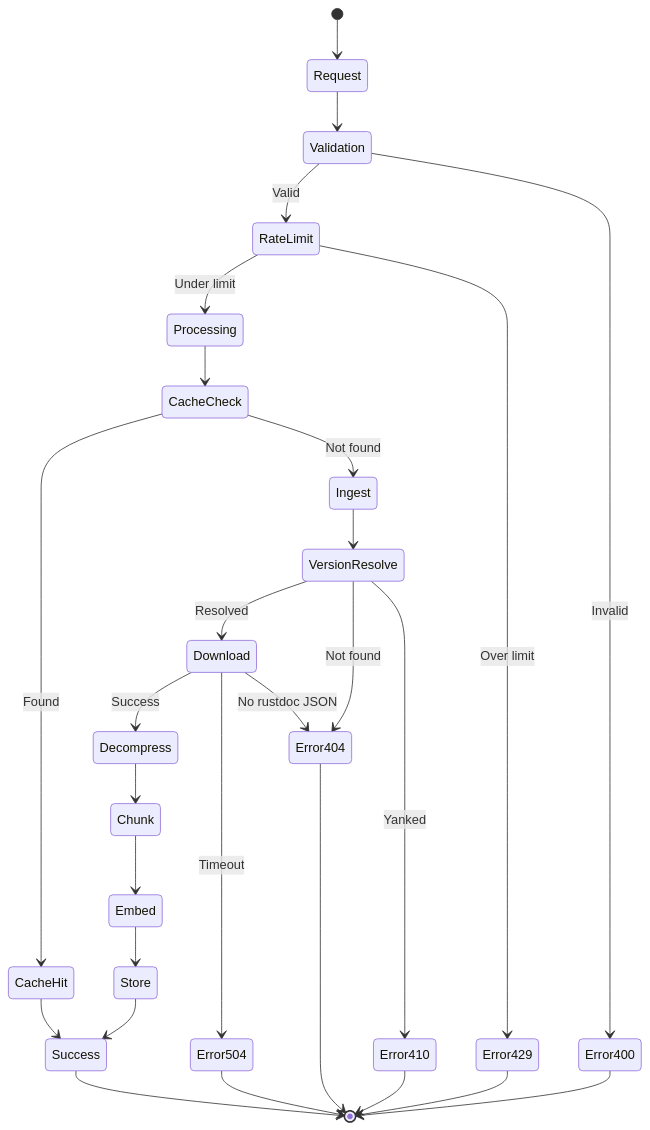
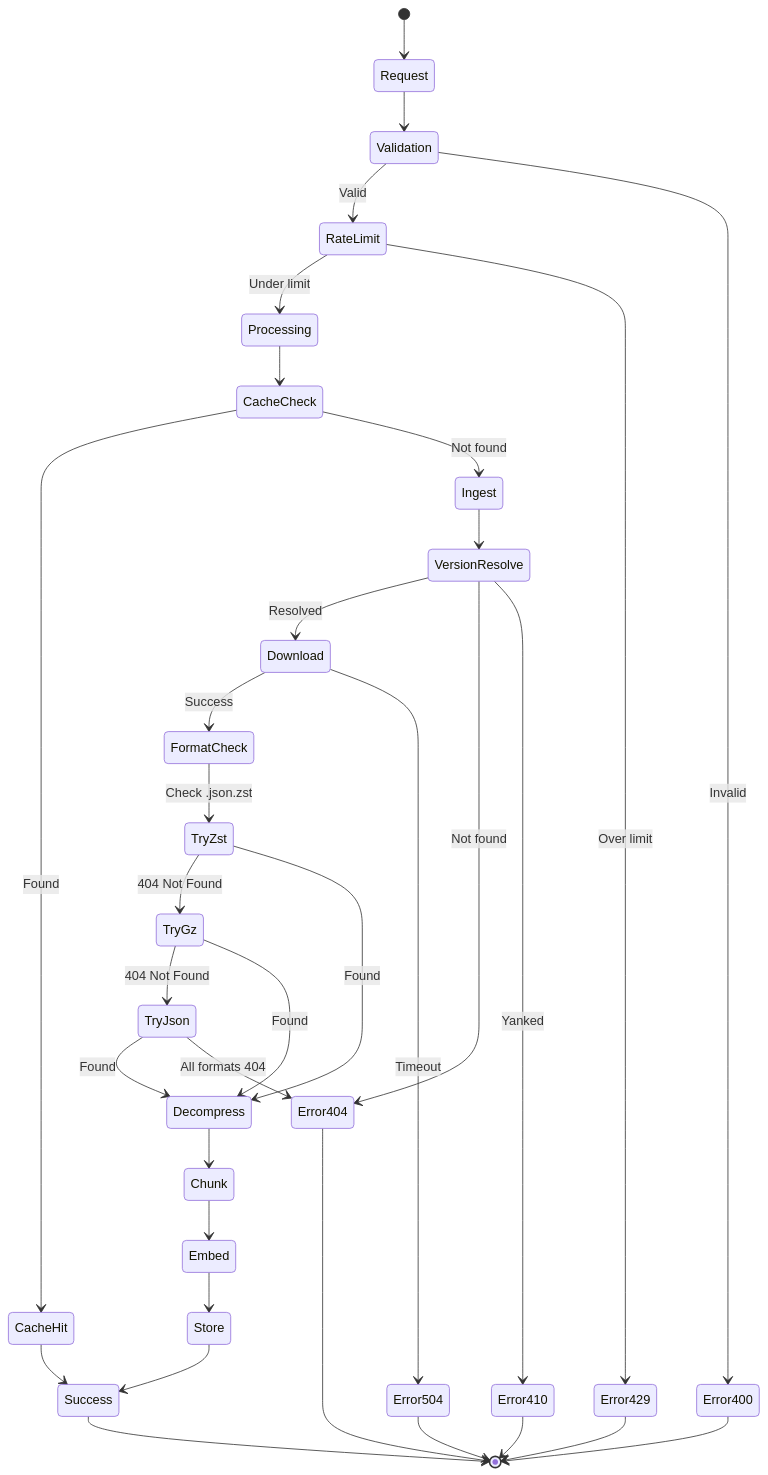
The seventh of 9 diagrams in Architecture.md (RimoVR/docsrs-mcp), drawn with Mermaid before and after one commit. The commit also changed other lines of this file and 22 other files, not shown here.

First line of the commit message:
feat: Complete ingestion pipeline with rustdoc JSON support and comprehensive tests

````diff
--- a/Architecture.md
+++ b/Architecture.md
@@ -224,38 +239,44 @@
 ```mermaid
 stateDiagram-v2
     [*] --> Request
     Request --> Validation
     
     Validation --> RateLimit: Valid
     Validation --> Error400: Invalid
     
     RateLimit --> Processing: Under limit
     RateLimit --> Error429: Over limit
     
     Processing --> CacheCheck
     CacheCheck --> CacheHit: Found
     CacheCheck --> Ingest: Not found
     
     CacheHit --> Success
     
     Ingest --> VersionResolve
     VersionResolve --> Download: Resolved
     VersionResolve --> Error404: Not found
     VersionResolve --> Error410: Yanked
     
-    Download --> Decompress: Success
+    Download --> FormatCheck: Success
+    FormatCheck --> TryZst: Check .json.zst
+    TryZst --> TryGz: 404 Not Found
+    TryZst --> Decompress: Found
+    TryGz --> TryJson: 404 Not Found  
+    TryGz --> Decompress: Found
+    TryJson --> Decompress: Found
+    TryJson --> Error404: All formats 404
     Download --> Error504: Timeout
-    Download --> Error404: No rustdoc JSON
     
     Decompress --> Chunk
     Chunk --> Embed
     Embed --> Store
     Store --> Success
     
     Error400 --> [*]
     Error404 --> [*]
     Error410 --> [*]
     Error429 --> [*]
     Error504 --> [*]
     Success --> [*]
 ```
````
